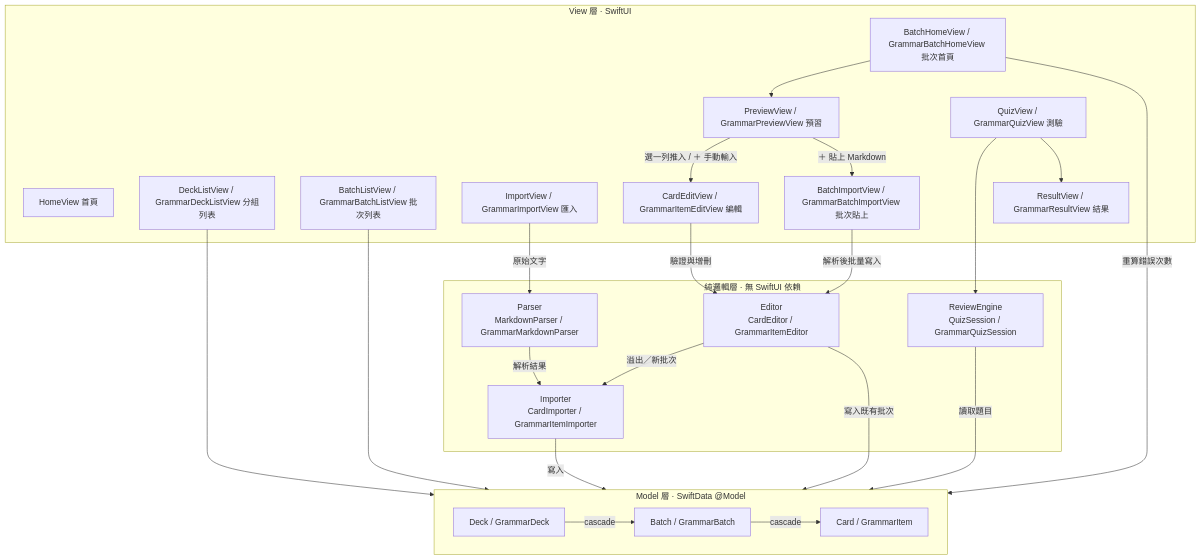
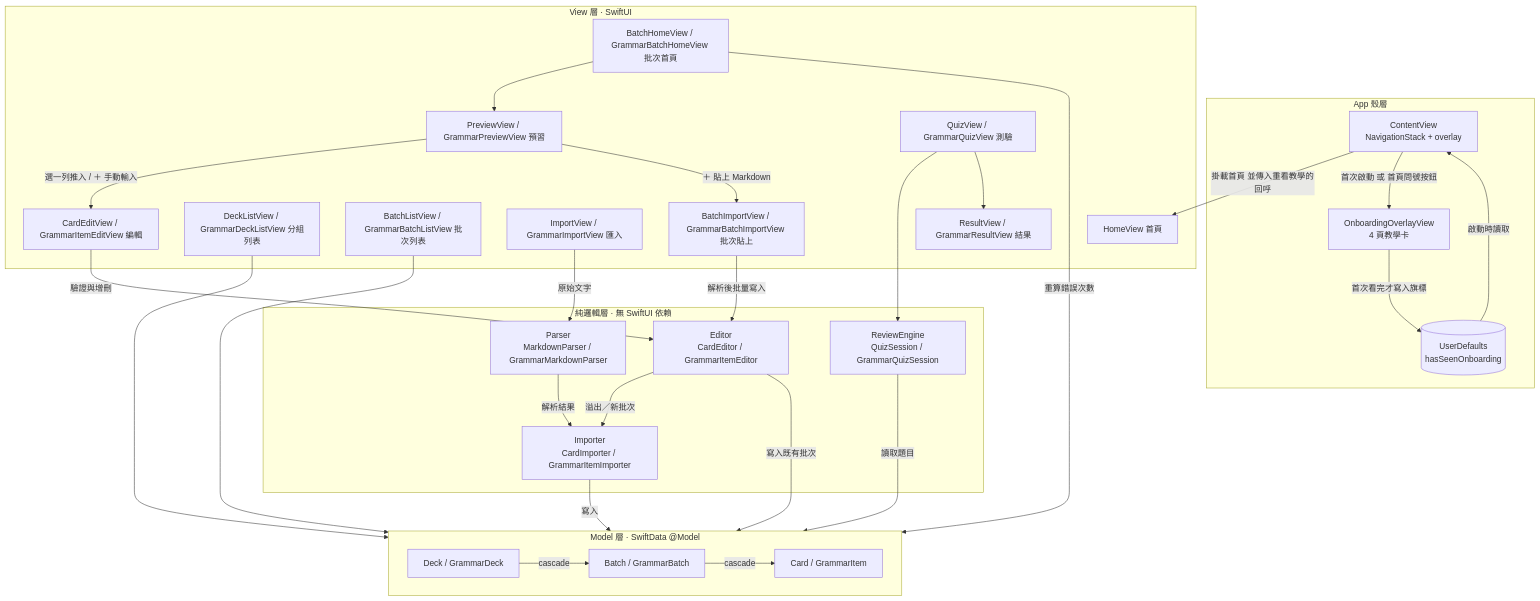
The first of 4 diagrams in docs/architecture.md (peiying004/vocabularyApp), drawn with Mermaid before and after one commit. The commit also changed other lines of this file and 8 other files, not shown here.

First line of the commit message:
spectra(sync-docs-after-onboarding): 同步 README 與 docs/ 至 onboarding 後的程式現況，補 mermaid 架構圖與流程圖

````diff
--- a/docs/architecture.md
+++ b/docs/architecture.md
@@ -50,48 +50,59 @@
 ```mermaid
 flowchart TD
+    subgraph Shell["App 殼層"]
+        CV[ContentView<br/>NavigationStack + overlay]
+        OB[OnboardingOverlayView<br/>4 頁教學卡]
+        UD[(UserDefaults<br/>hasSeenOnboarding)]
+    end
+
     subgraph View["View 層 · SwiftUI"]
         HV[HomeView 首頁]
         DLV[DeckListView / GrammarDeckListView 分組列表]
         BLV[BatchListView / GrammarBatchListView 批次列表]
         IV[ImportView / GrammarImportView 匯入]
         BHV[BatchHomeView / GrammarBatchHomeView 批次首頁]
         PV[PreviewView / GrammarPreviewView 預習]
         EV[CardEditView / GrammarItemEditView 編輯]
         BIV[BatchImportView / GrammarBatchImportView 批次貼上]
         QV[QuizView / GrammarQuizView 測驗]
         RV[ResultView / GrammarResultView 結果]
     end
 
     subgraph Logic["純邏輯層 · 無 SwiftUI 依賴"]
         MP[Parser<br/>MarkdownParser / GrammarMarkdownParser]
         IMP[Importer<br/>CardImporter / GrammarItemImporter]
         EDT[Editor<br/>CardEditor / GrammarItemEditor]
         QS[ReviewEngine<br/>QuizSession / GrammarQuizSession]
     end
 
     subgraph Model["Model 層 · SwiftData @Model"]
         DECK[Deck / GrammarDeck]
         BATCH[Batch / GrammarBatch]
         CARD[Card / GrammarItem]
     end
 
+    CV -->|掛載首頁 並傳入重看教學的回呼| HV
+    CV -->|首次啟動 或 首頁問號按鈕| OB
+    OB -->|首次看完才寫入旗標| UD
+    UD -->|啟動時讀取| CV
+
     IV -->|原始文字| MP
     MP -->|解析結果| IMP
     IMP -->|寫入| Model
     PV -->|選一列推入 / ＋ 手動輸入| EV
     PV -->|＋ 貼上 Markdown| BIV
     EV -->|驗證與增刪| EDT
     BIV -->|解析後批量寫入| EDT
     EDT -->|寫入既有批次| Model
     EDT -->|溢出／新批次| IMP
     BHV -->|重算錯誤次數| Model
     QV --> QS
     QS -->|讀取題目| Model
     DLV --> Model
     BLV --> Model
     BHV --> PV
     QV --> RV
 
     DECK -->|cascade| BATCH
     BATCH -->|cascade| CARD
 ```
````
